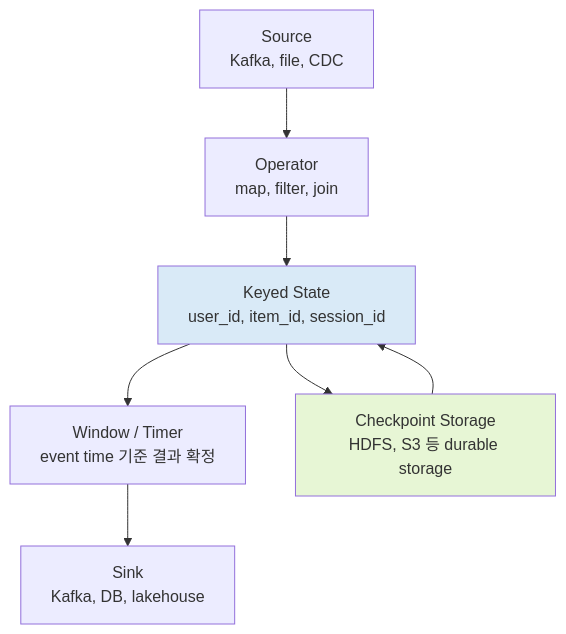
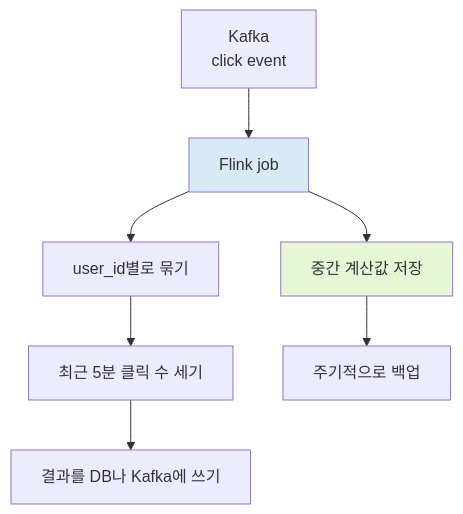
One commit to zzong2006/zzong2006.github.io changed the diagram in content/data_engineering/Apache Flink.md. Above: the diagram before and after it, drawn with Mermaid. The commit also changed other lines of this file, not shown here.

Commit message:
Simplify Apache Flink explanation

````diff
--- a/content/data_engineering/Apache Flink.md
+++ b/content/data_engineering/Apache Flink.md
@@ -33,11 +33,11 @@
 ```mermaid
 flowchart TD
-    A["Source<br/>Kafka, file, CDC"] --> B["Operator<br/>map, filter, join"]
-    B --> C["Keyed State<br/>user_id, item_id, session_id"]
-    C --> D["Window / Timer<br/>event time 기준 결과 확정"]
-    D --> E["Sink<br/>Kafka, DB, lakehouse"]
-    C --> F["Checkpoint Storage<br/>HDFS, S3 등 durable storage"]
-    F --> C
-    style C fill:#D9EAF7
+    A["Kafka<br/>click event"] --> B["Flink job"]
+    B --> C["user_id별로 묶기"]
+    C --> D["최근 5분 클릭 수 세기"]
+    D --> E["결과를 DB나 Kafka에 쓰기"]
+    B --> F["중간 계산값 저장"]
+    F --> G["주기적으로 백업"]
+    style B fill:#D9EAF7
     style F fill:#E7F6D5
 ```
````
